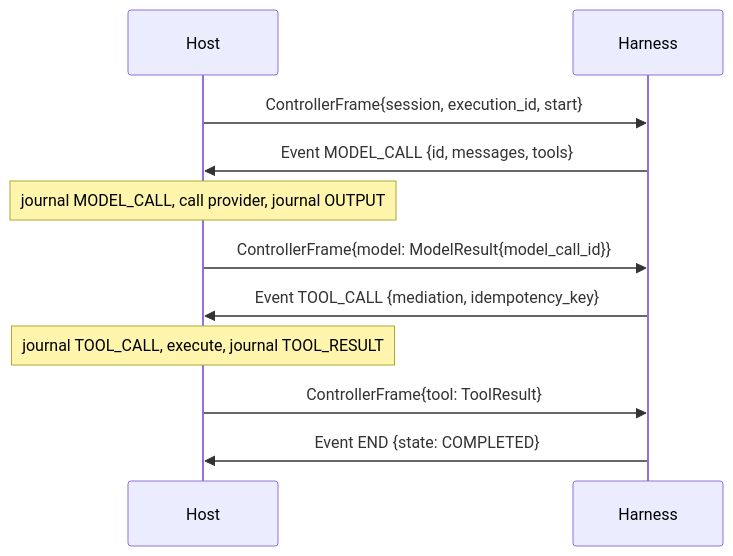
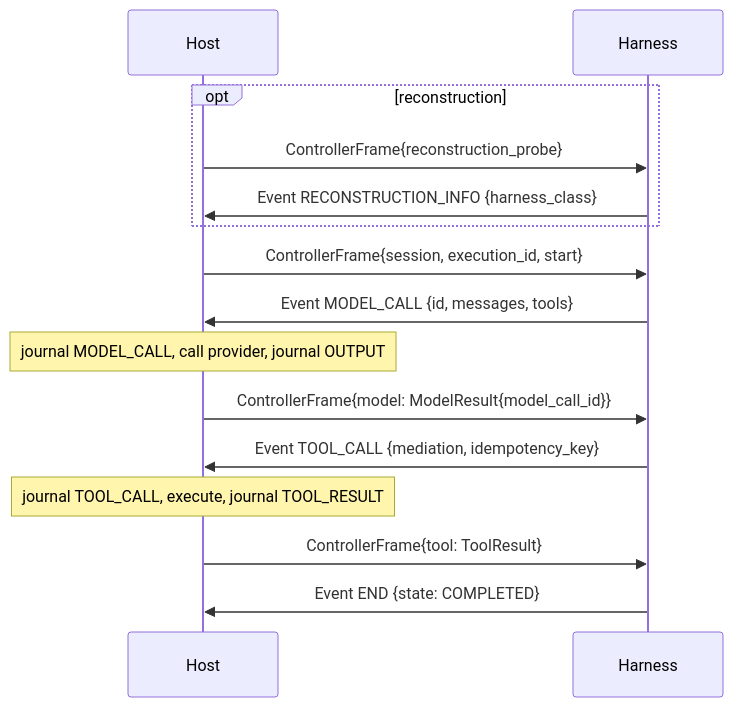
Before and after one commit to agent-primitives/sessions: the second of 2 diagrams in spec.md, drawn with Mermaid. The commit also changed other lines of this file and 46 other files, not shown here.

First line of the commit message:
fix(controller): refuse unmediated reconstruction replay (#288)

````diff
--- a/spec.md
+++ b/spec.md
@@ -1608,13 +1634,17 @@
 ```mermaid
 sequenceDiagram
   participant H as Host
   participant N as Harness
+  opt reconstruction
+    H->>N: ControllerFrame{reconstruction_probe}
+    N->>H: Event RECONSTRUCTION_INFO {harness_class}
+  end
   H->>N: ControllerFrame{session, execution_id, start}
   N->>H: Event MODEL_CALL {id, messages, tools}
   Note over H: journal MODEL_CALL, call provider, journal OUTPUT
   H->>N: ControllerFrame{model: ModelResult{model_call_id}}
   N->>H: Event TOOL_CALL {mediation, idempotency_key}
   Note over H: journal TOOL_CALL, execute, journal TOOL_RESULT
   H->>N: ControllerFrame{tool: ToolResult}
   N->>H: Event END {state: COMPLETED}
 ```
````
